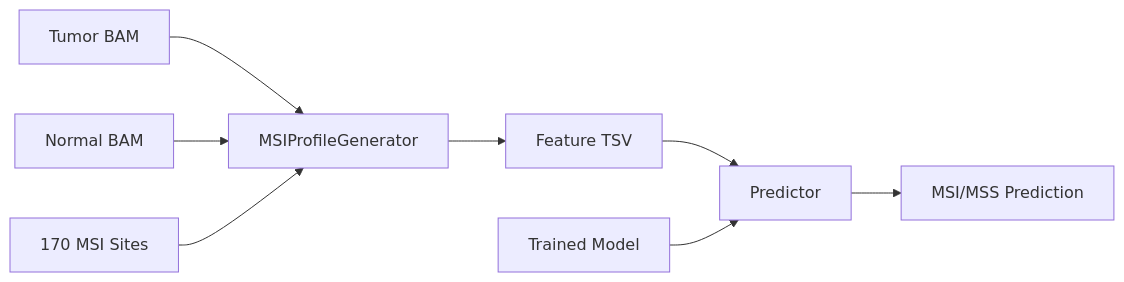
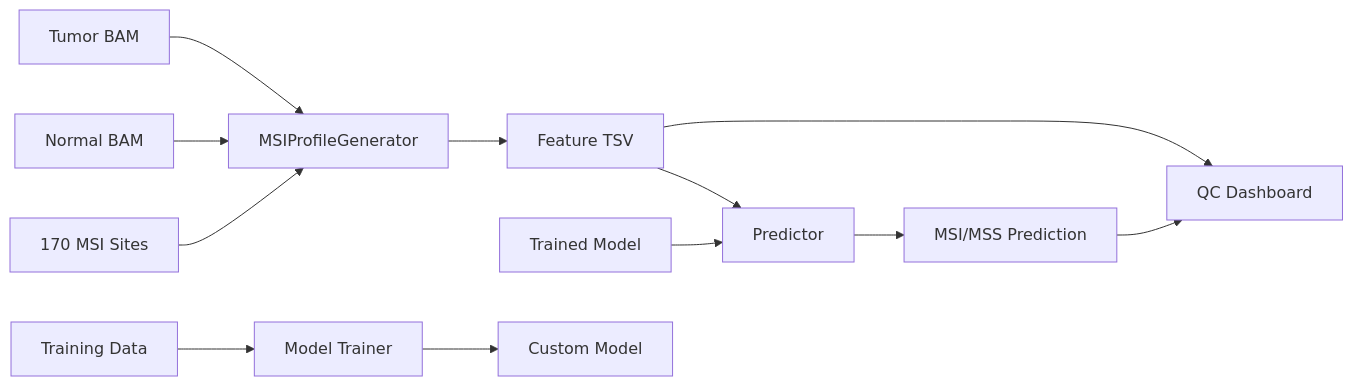
One commit to msk-access/STRiDE changed the diagram in docs/architecture.md. Above: the diagram before and after it, drawn with Mermaid. The commit also changed other lines of this file and 2 other files, not shown here.

````diff
--- a/docs/architecture.md
+++ b/docs/architecture.md
@@ -9,10 +9,14 @@
 ```mermaid
 graph LR
     A[Tumor BAM] --> C[MSIProfileGenerator]
     B[Normal BAM] --> C
     D[170 MSI Sites] --> C
     C --> E[Feature TSV]
     E --> F[Predictor]
     G[Trained Model] --> F
     F --> H[MSI/MSS Prediction]
+    E --> I[QC Dashboard]
+    H --> I
+    J[Training Data] --> K[Model Trainer]
+    K --> L[Custom Model]
 ```
````
